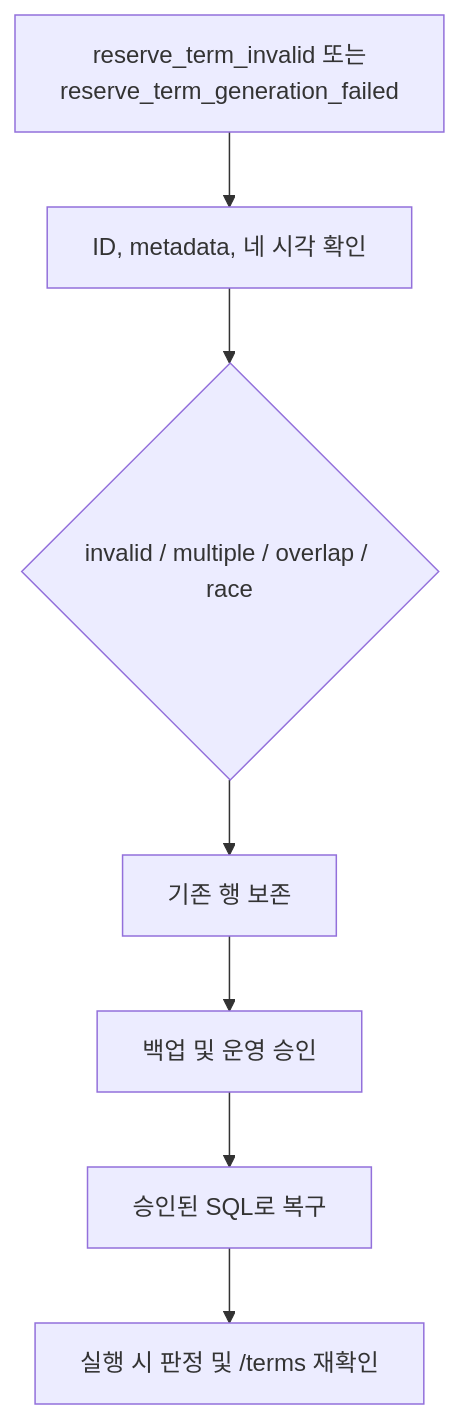
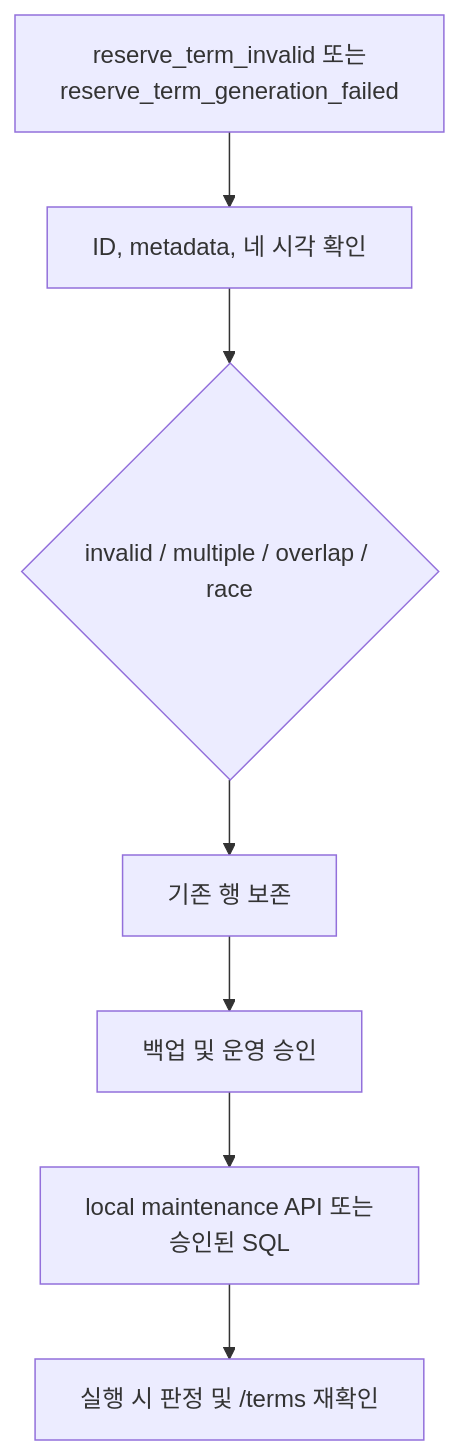
The diagram in docs/reserve-term-recovery-runbook.md (wafflestudio/csereal-server), drawn with Mermaid before and after one commit. The commit also changed other lines of this file, not shown here.

Commit message:
docs(reservation): document term maintenance operations

````diff
--- a/docs/reserve-term-recovery-runbook.md
+++ b/docs/reserve-term-recovery-runbook.md
@@ -7,9 +7,9 @@
 ```mermaid
 flowchart TD
     Alert["reserve_term_invalid 또는<br/>reserve_term_generation_failed"] --> Read["ID, metadata, 네 시각 확인"]
     Read --> Classify{"invalid / multiple / overlap / race"}
     Classify --> Preserve["기존 행 보존"]
     Preserve --> Approve["백업 및 운영 승인"]
-    Approve --> Repair["승인된 SQL로 복구"]
-    Repair --> Verify["실행 시 판정 및 /terms 재확인"]
+    Approve --> Maintenance["local maintenance API 또는<br/>승인된 SQL"]
+    Maintenance --> Verify["실행 시 판정 및 /terms 재확인"]
 ```
````
